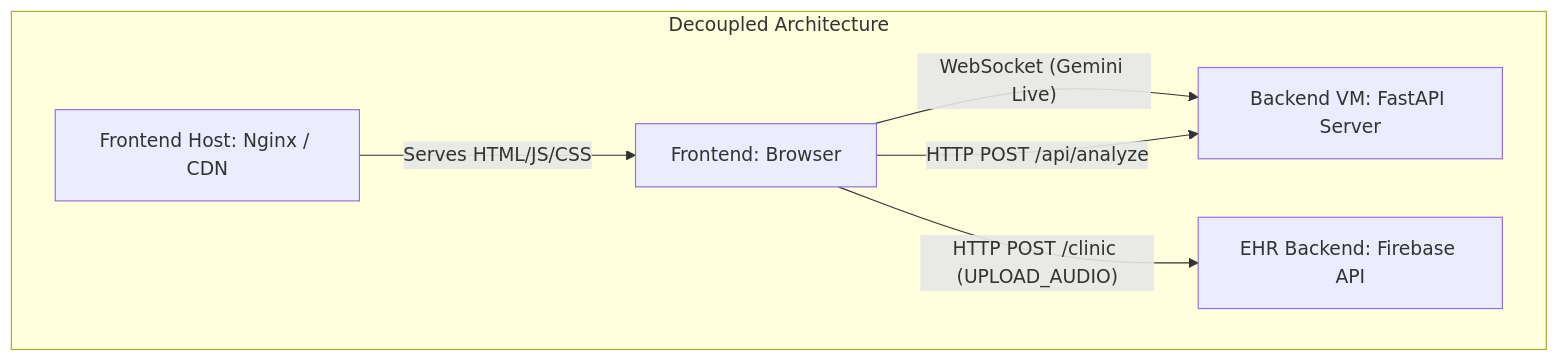
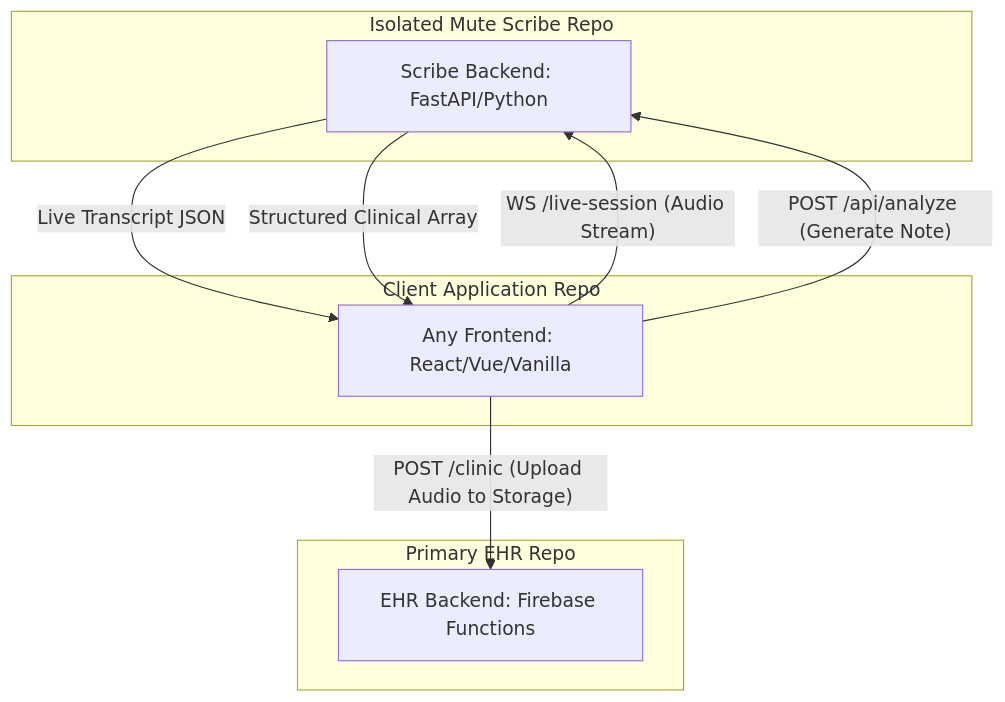
One commit to KishoreKaushal/gemini-live-api-examples changed the diagram in DECOUPLING_PLAN.md. Above: the diagram before and after it, drawn with Mermaid. The commit also changed other lines of this file, not shown here.

Commit message:
refactor: update decoupling plan to define Mute Scribe as an isolated, headless microservice architecture

````diff
--- a/DECOUPLING_PLAN.md
+++ b/DECOUPLING_PLAN.md
@@ -26,14 +11,21 @@
 ```mermaid
 graph TD
-    subgraph Decoupled Architecture
-        CDN[Frontend Host: Nginx / CDN]
-        API[Backend VM: FastAPI Server]
-        Browser[Frontend: Browser]
-        EHR[EHR Backend: Firebase API]
-        
-        CDN -- "Serves HTML/JS/CSS" --> Browser
-        Browser -- "WebSocket (Gemini Live)" --> API
-        Browser -- "HTTP POST /api/analyze" --> API
-        Browser -- "HTTP POST /clinic (UPLOAD_AUDIO)" --> EHR
+    subgraph Isolated Mute Scribe Repo
+        ScribeAPI[Scribe Backend: FastAPI/Python]
     end
+    
+    subgraph Client Application Repo
+        ClientApp[Any Frontend: React/Vue/Vanilla]
+    end
+    
+    subgraph Primary EHR Repo
+        EHR[EHR Backend: Firebase Functions]
+    end
+
+    ClientApp -- "WS /live-session (Audio Stream)" --> ScribeAPI
+    ScribeAPI -- "Live Transcript JSON" --> ClientApp
+    ClientApp -- "POST /api/analyze (Generate Note)" --> ScribeAPI
+    ScribeAPI -- "Structured Clinical Array" --> ClientApp
+    
+    ClientApp -- "POST /clinic (Upload Audio to Storage)" --> EHR
 ```
````
